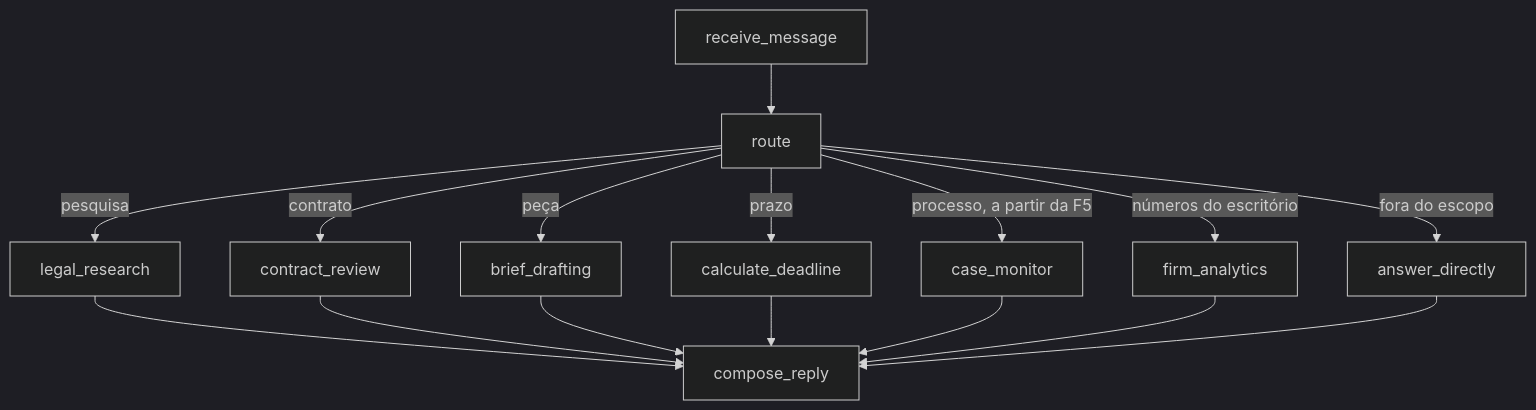
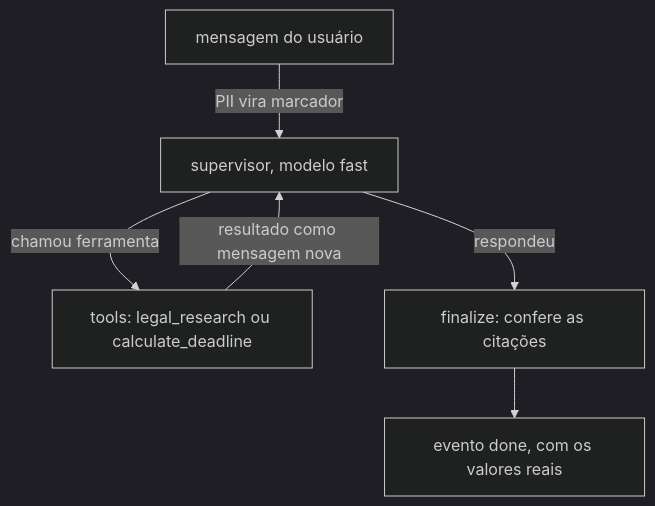
Before and after one commit to brunocs100/ementa: the third of 10 diagrams in docs/AGENTES.md, drawn with Mermaid (dark theme). The commit also changed other lines of this file and 3 other files, not shown here.

````diff
--- a/docs/AGENTES.md
+++ b/docs/AGENTES.md
@@ -208,18 +210,8 @@
 ```mermaid
 flowchart TD
-    A["receive_message"] --> B["route"]
-    B -->|"pesquisa"| C["legal_research"]
-    B -->|"contrato"| D["contract_review"]
-    B -->|"peça"| E["brief_drafting"]
-    B -->|"prazo"| F["calculate_deadline"]
-    B -->|"processo, a partir da F5"| J["case_monitor"]
-    B -->|"números do escritório"| G["firm_analytics"]
-    B -->|"fora do escopo"| H["answer_directly"]
-    C --> I["compose_reply"]
-    D --> I
-    E --> I
-    F --> I
-    J --> I
-    G --> I
-    H --> I
+    A["mensagem do usuário"] -->|"PII vira marcador"| B["supervisor, modelo fast"]
+    B -->|"chamou ferramenta"| C["tools: legal_research ou calculate_deadline"]
+    C -->|"resultado como mensagem nova"| B
+    B -->|"respondeu"| D["finalize: confere as citações"]
+    D --> E["evento done, com os valores reais"]
 ```
````
